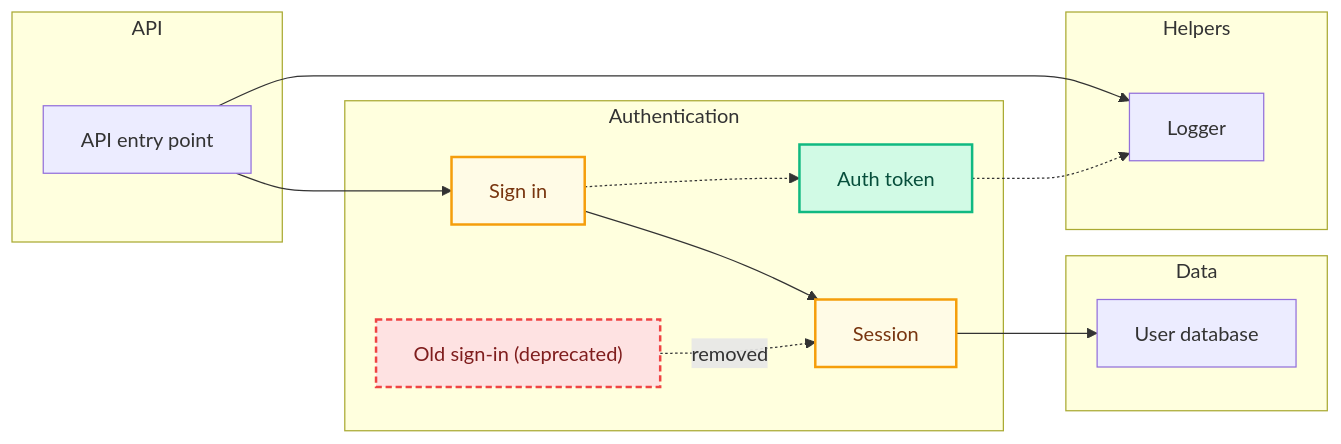
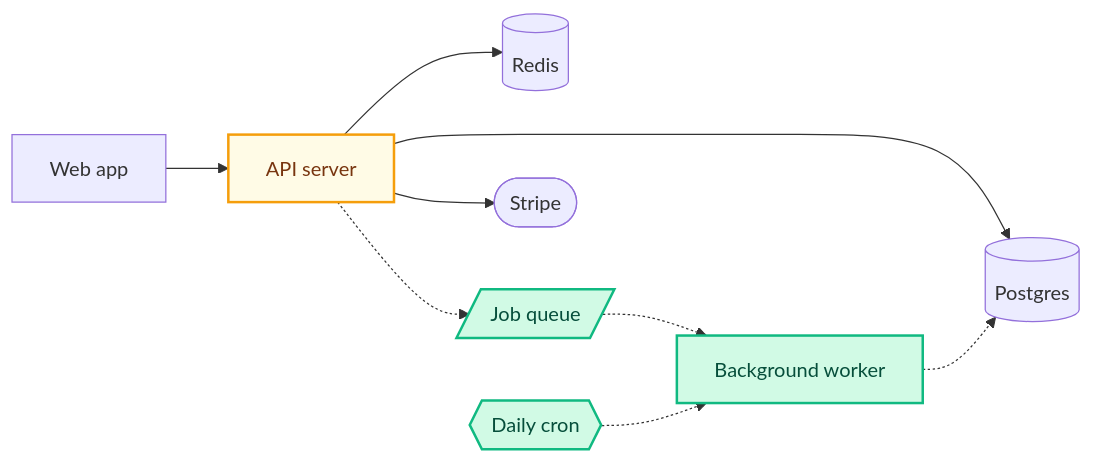
One commit to ian-klopper/mermaid-pr changed the diagram in examples/sample-diff-diagram.mmd. Above: the diagram before and after it, drawn with Mermaid. The commit also changed 4 other files, not shown here.

First line of the commit message:
Gate diagrams on architecture changes; switch to system components

```diff
--- a/examples/sample-diff-diagram.mmd
+++ b/examples/sample-diff-diagram.mmd
@@ -1,46 +1,20 @@
-%% Edge classification is approximate: edges are marked added/removed when
-%% they touch a file that was added/removed in this PR.
+%% Component classification reflects which deployed components changed in this PR.
+%% Edges are inferred from the diff plus an import sweep of the base branch.
 graph LR
   classDef added fill:#d1fae5,stroke:#10b981,stroke-width:2px,color:#064e3b;
   classDef modified fill:#fffbe6,stroke:#f59e0b,stroke-width:2px,color:#78350f;
   classDef removed fill:#fee2e2,stroke:#ef4444,stroke-width:2px,stroke-dasharray:5 3,color:#7f1d1d;
 
-  subgraph api_group["API"]
-    api_entry["API entry point"]
-  end
+  web["Web app"] --> api["API server"]
+  api --> db[("Postgres")]
+  api --> cache[("Redis")]
+  api -.-> q[/"Job queue"/]
+  q -.-> worker["Background worker"]
+  worker -.-> db
+  api --> stripe(["Stripe"])
+  cron{{"Daily cron"}} -.-> worker
 
-  subgraph auth_group["Authentication"]
-    sign_in["Sign in"]
-    session["Session"]
-    token["Auth token"]
-    old_sign_in["Old sign-in (deprecated)"]
-  end
-
-  subgraph data_group["Data"]
-    users["User database"]
-  end
-
-  subgraph helpers_group["Helpers"]
-    logger["Logger"]
-  end
-
-  api_entry --> sign_in
-  api_entry --> logger
-  sign_in --> session
-  sign_in -.-> token
-  session --> users
-  token -.-> logger
-  old_sign_in -. removed .-> session
-
-  class sign_in modified
-  class session modified
-  class token added
-  class old_sign_in removed
-
-  click sign_in "src/auth/login.ts" "src/auth/login.ts"
-  click session "src/auth/session.ts" "src/auth/session.ts"
-  click token "src/auth/token.ts" "src/auth/token.ts"
-  click old_sign_in "src/auth/legacy.ts" "src/auth/legacy.ts (removed)"
-  click users "src/db/users.ts" "src/db/users.ts"
-  click logger "src/utils/logger.ts" "src/utils/logger.ts"
-  click api_entry "src/api/handler.ts" "src/api/handler.ts"
+  class api modified
+  class q added
+  class worker added
+  class cron added
```
